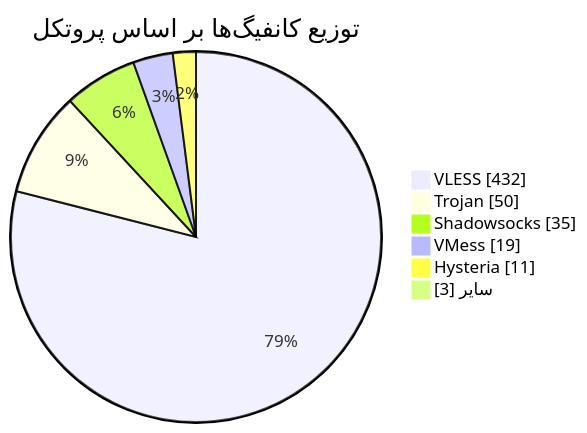
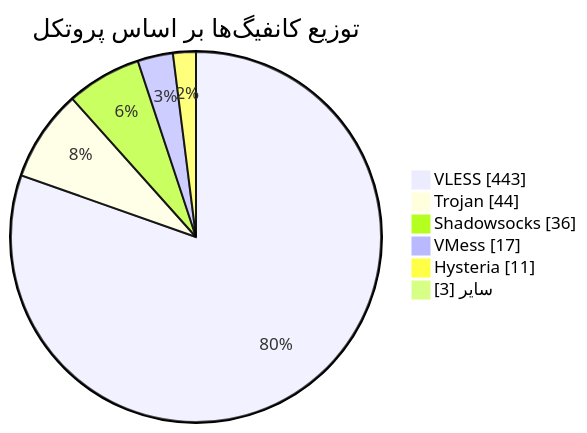
The diagram in README.md (Arian-Alijani/Somthing), drawn with Mermaid before and after one commit. The commit also changed other lines of this file and 75 other files, not shown here.

````diff
--- a/README.md
+++ b/README.md
@@ -48,10 +48,10 @@
 ```mermaid
 pie showData
     title توزیع کانفیگ‌ها بر اساس پروتکل
-    "VLESS" : 432
-    "Trojan" : 50
-    "Shadowsocks" : 35
-    "VMess" : 19
+    "VLESS" : 443
+    "Trojan" : 44
+    "Shadowsocks" : 36
+    "VMess" : 17
     "Hysteria" : 11
     "سایر" : 3
 ```
````
